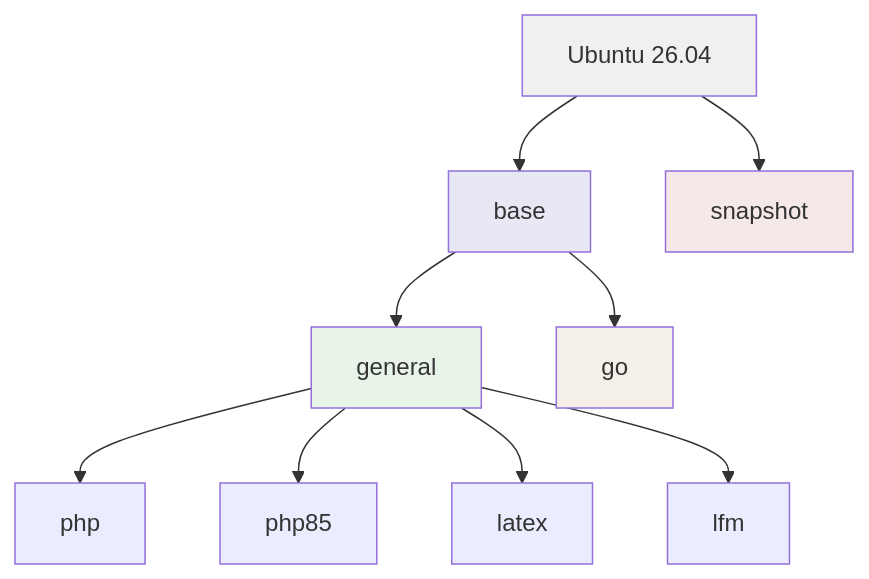
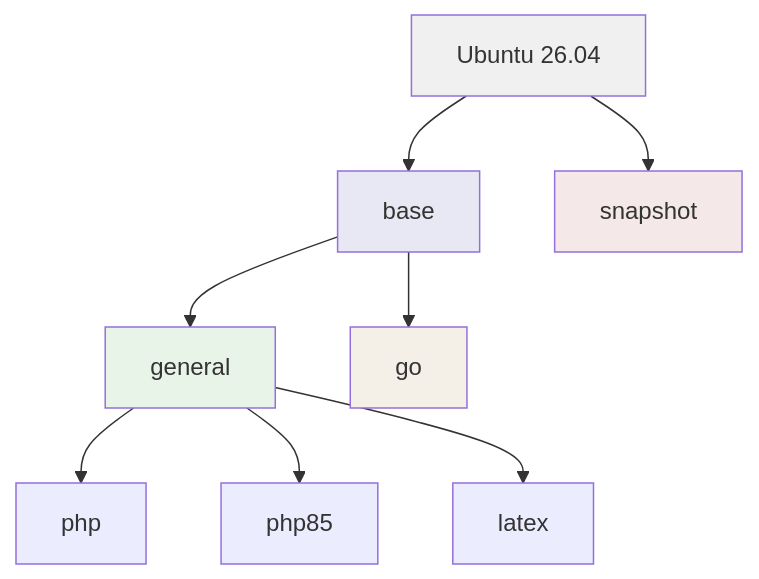
The third of 3 diagrams in docs/user/container-operations.md (devbasex/devbase), drawn with Mermaid before and after one commit. The commit also changed other lines of this file and 4 other files, not shown here.

````diff
--- a/docs/user/container-operations.md
+++ b/docs/user/container-operations.md
@@ -385,17 +385,16 @@
 ```mermaid
 graph TD
     A[Ubuntu 26.04] --> B[base]
     B --> C[general]
     B --> G[go]
     C --> D[php]
     C --> I[php85]
     C --> E[latex]
-    C --> F[lfm]
     A --> H[snapshot]
 
     style A fill:#f0f0f0
     style B fill:#e8e8f4
     style C fill:#e8f4e8
     style G fill:#f4f0e8
     style H fill:#f4e8e8
 ```
````
